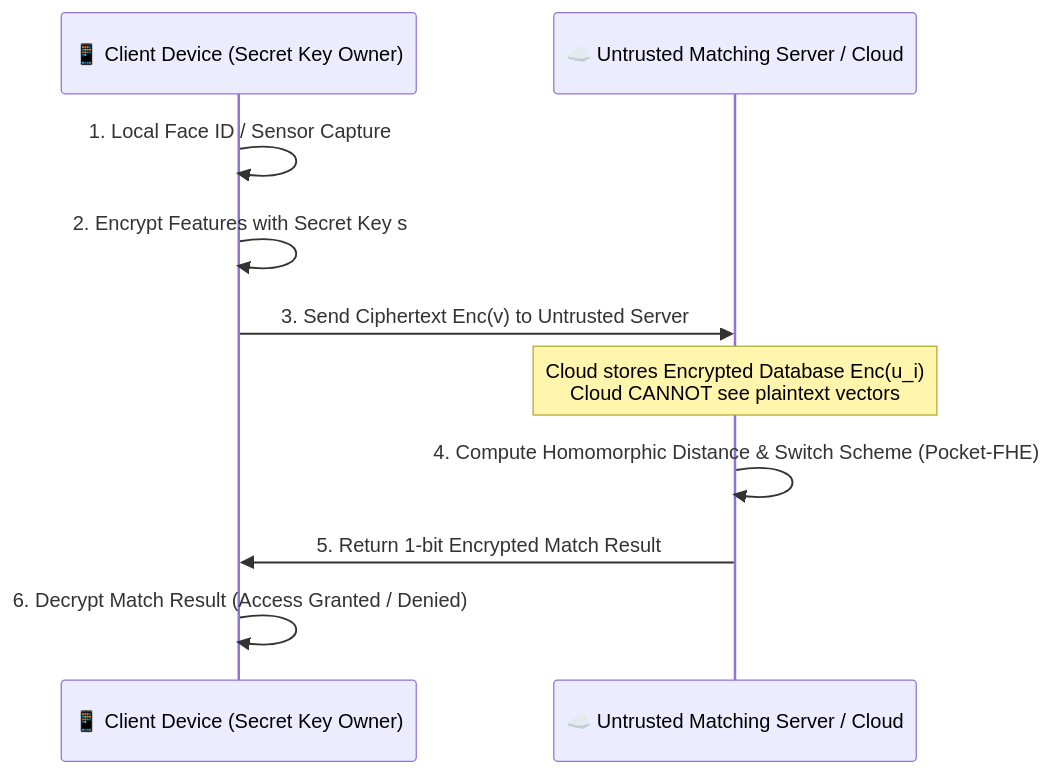
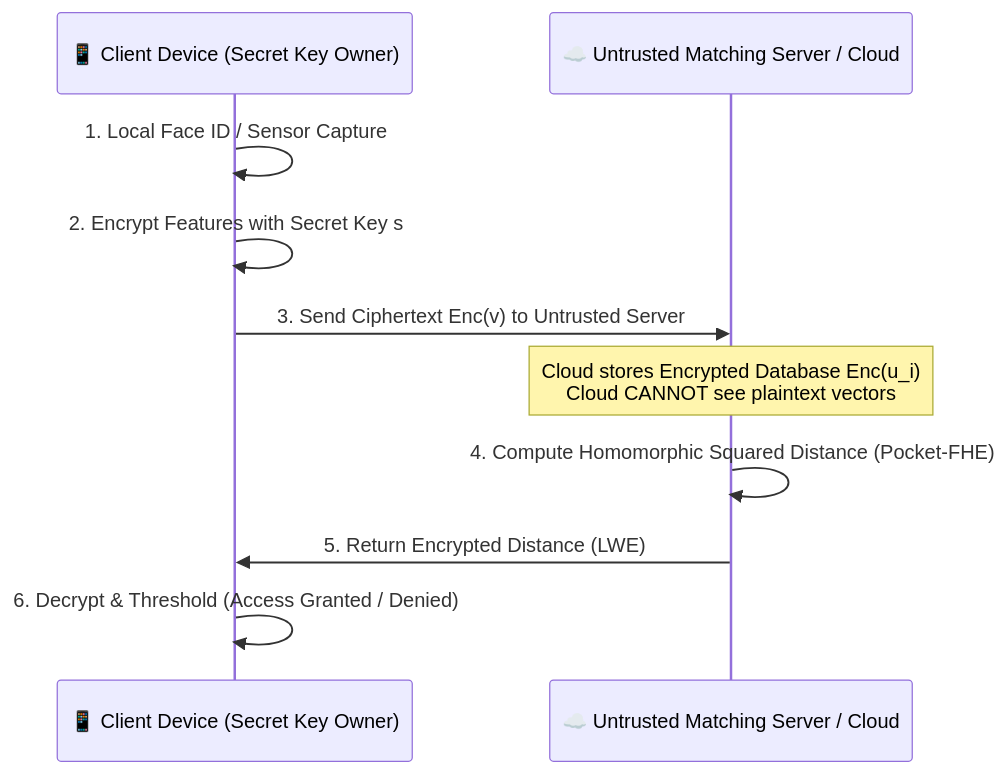
One commit to nongba0/pocket-fhe changed the third of 3 diagrams in README.md. Above: the diagram before and after it, drawn with Mermaid. The commit also changed other lines of this file and 7 other files, not shown here.

Commit message:
fix(fhe): implement exact homomorphic inner product via conjugation tensor f*sigma_{-1}(f) and ground-truth assertions

````diff
--- a/README.md
+++ b/README.md
@@ -121,13 +147,13 @@
 ```mermaid
 sequenceDiagram
     participant User as 📱 Client Device (Secret Key Owner)
     participant Cloud as ☁️ Untrusted Matching Server / Cloud
     
     User->>User: 1. Local Face ID / Sensor Capture
     User->>User: 2. Encrypt Features with Secret Key s
     User->>Cloud: 3. Send Ciphertext Enc(v) to Untrusted Server
     Note over Cloud: Cloud stores Encrypted Database Enc(u_i)<br/>Cloud CANNOT see plaintext vectors
-    Cloud->>Cloud: 4. Compute Homomorphic Distance & Switch Scheme (Pocket-FHE)
-    Cloud->>User: 5. Return 1-bit Encrypted Match Result
-    User->>User: 6. Decrypt Match Result (Access Granted / Denied)
+    Cloud->>Cloud: 4. Compute Homomorphic Squared Distance (Pocket-FHE)
+    Cloud->>User: 5. Return Encrypted Distance (LWE)
+    User->>User: 6. Decrypt & Threshold (Access Granted / Denied)
 ```
````
